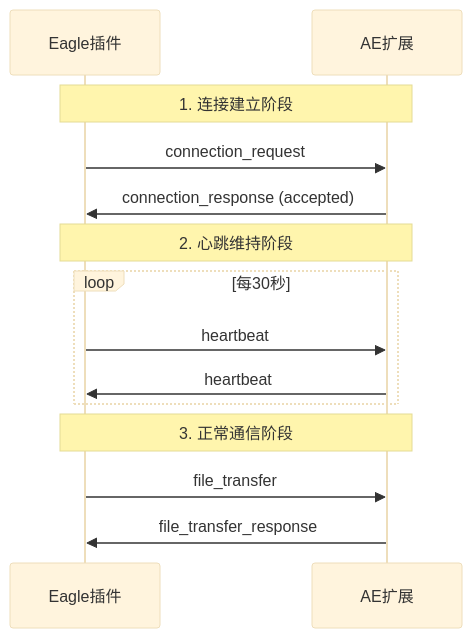
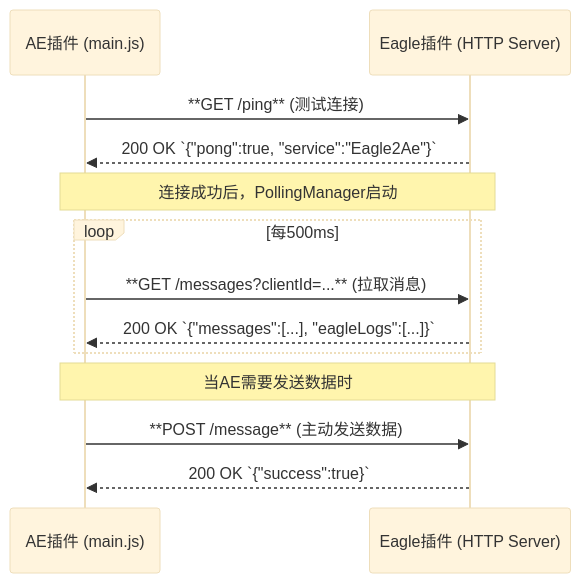
The diagram in docs/AE/architecture/communication-protocol.md (yancongya/Eagle2Ae), drawn with Mermaid (base theme) before and after one commit. The commit also changed other lines of this file and 23 other files, not shown here.

````diff
--- a/docs/AE/architecture/communication-protocol.md
+++ b/docs/AE/architecture/communication-protocol.md
@@ -366,19 +28,19 @@
 ```mermaid
 sequenceDiagram
-    participant E as Eagle插件
-    participant A as AE扩展
-    
-    Note over E,A: 1. 连接建立阶段
-    E->>A: connection_request
-    A->>E: connection_response (accepted)
-    
-    Note over E,A: 2. 心跳维持阶段
-    loop 每30秒
-        E->>A: heartbeat
-        A->>E: heartbeat
+    participant A as AE插件 (main.js)
+    participant E as Eagle插件 (HTTP Server)
+
+    A->>E: **GET /ping** (测试连接)
+    E-->>A: 200 OK `{"pong":true, "service":"Eagle2Ae"}`
+
+    Note over A,E: 连接成功后，PollingManager启动
+
+    loop 每500ms
+        A->>E: **GET /messages?clientId=...** (拉取消息)
+        E-->>A: 200 OK `{"messages":[...], "eagleLogs":[...]}`
     end
-    
-    Note over E,A: 3. 正常通信阶段
-    E->>A: file_transfer
-    A->>E: file_transfer_response
+
+    Note over A,E: 当AE需要发送数据时
+    A->>E: **POST /message** (主动发送数据)
+    E-->>A: 200 OK `{"success":true}`
 ```
````
